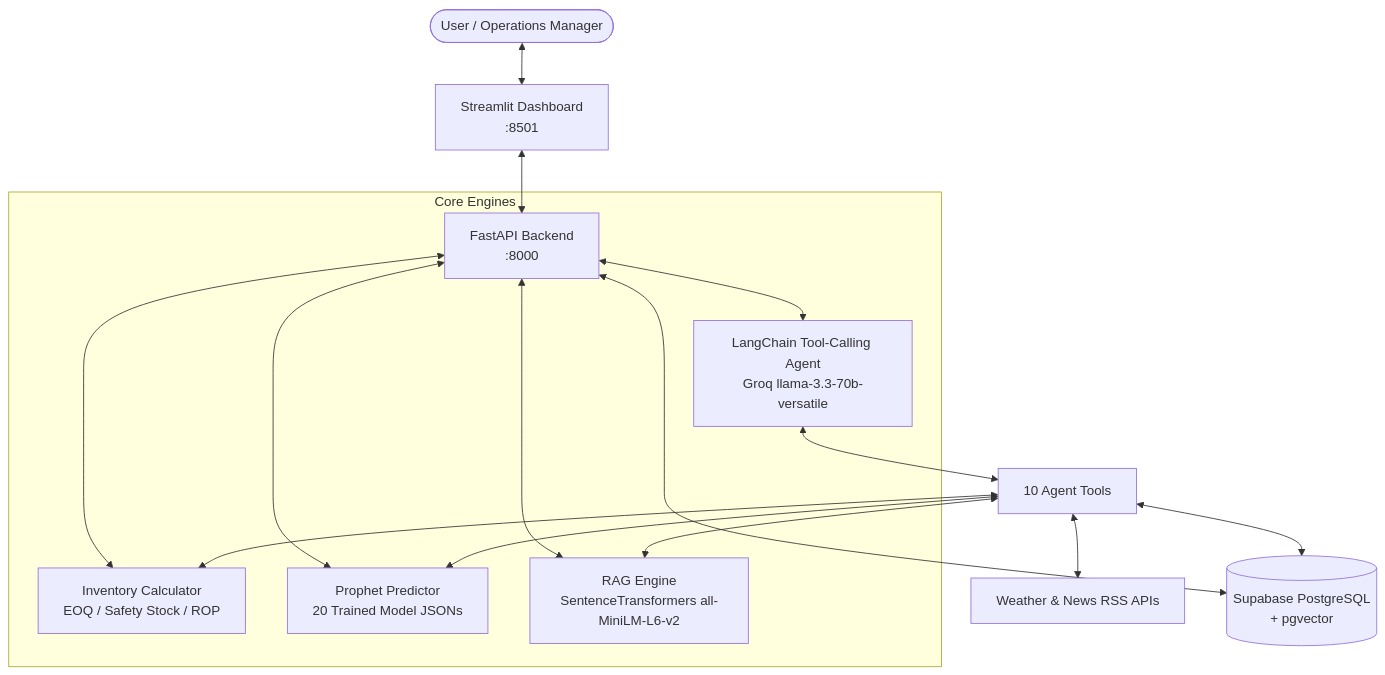
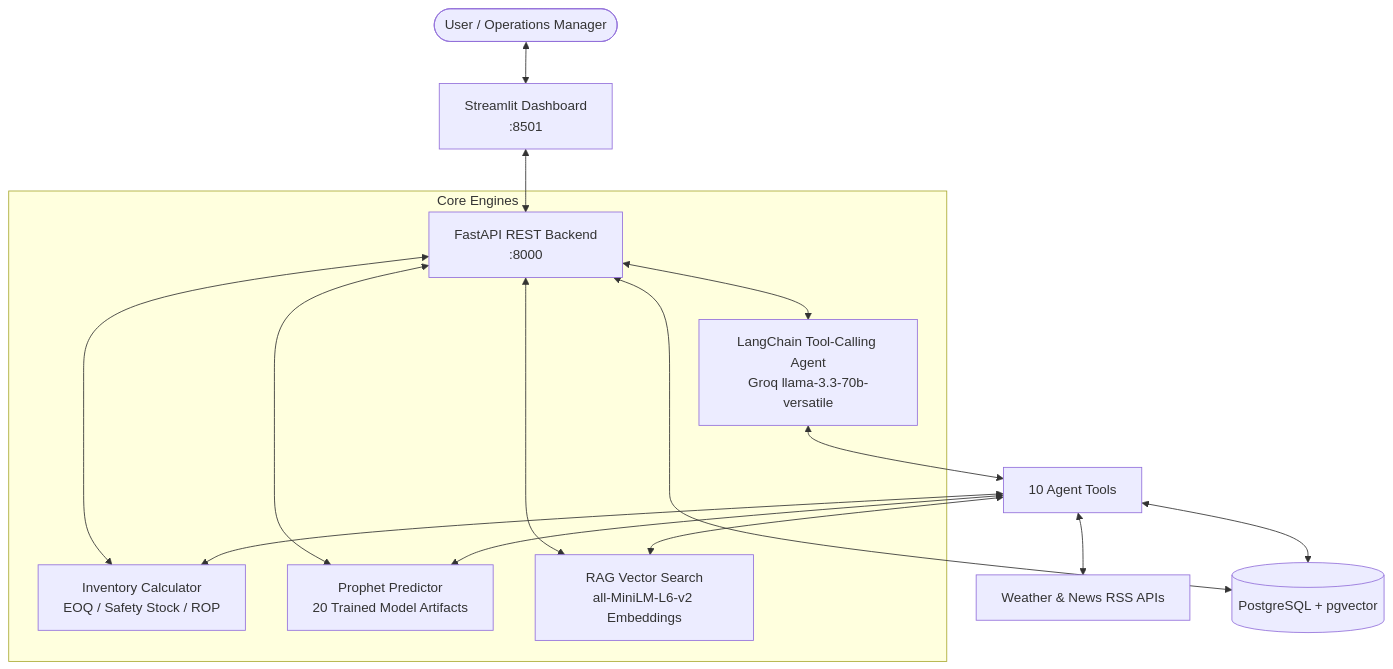
Before and after one commit to afzalkhanofficial/supplypilot: the diagram in README.md, drawn with Mermaid. The commit also changed other lines of this file, not shown here.

````diff
--- a/README.md
+++ b/README.md
@@ -34,20 +76,20 @@
 ```mermaid
 flowchart TD
     User([User / Operations Manager]) <--> Dashboard[Streamlit Dashboard\n:8501]
-    Dashboard <--> API[FastAPI Backend\n:8000]
+    Dashboard <--> API[FastAPI REST Backend\n:8000]
 
     subgraph Core Engines
         API <--> Agent[LangChain Tool-Calling Agent\nGroq llama-3.3-70b-versatile]
         API <--> Inv[Inventory Calculator\nEOQ / Safety Stock / ROP]
-        API <--> Forecaster[Prophet Predictor\n20 Trained Model JSONs]
-        API <--> RAG[RAG Engine\nSentenceTransformers all-MiniLM-L6-v2]
+        API <--> Forecaster[Prophet Predictor\n20 Trained Model Artifacts]
+        API <--> RAG[RAG Vector Search\nall-MiniLM-L6-v2 Embeddings]
     end
 
     Agent <--> Tools[10 Agent Tools]
     Tools <--> Inv
     Tools <--> Forecaster
     Tools <--> RAG
     Tools <--> External[Weather & News RSS APIs]
-    Tools <--> DB[(Supabase PostgreSQL\n+ pgvector)]
+    Tools <--> DB[(PostgreSQL + pgvector)]
     API <--> DB
 ```
````
